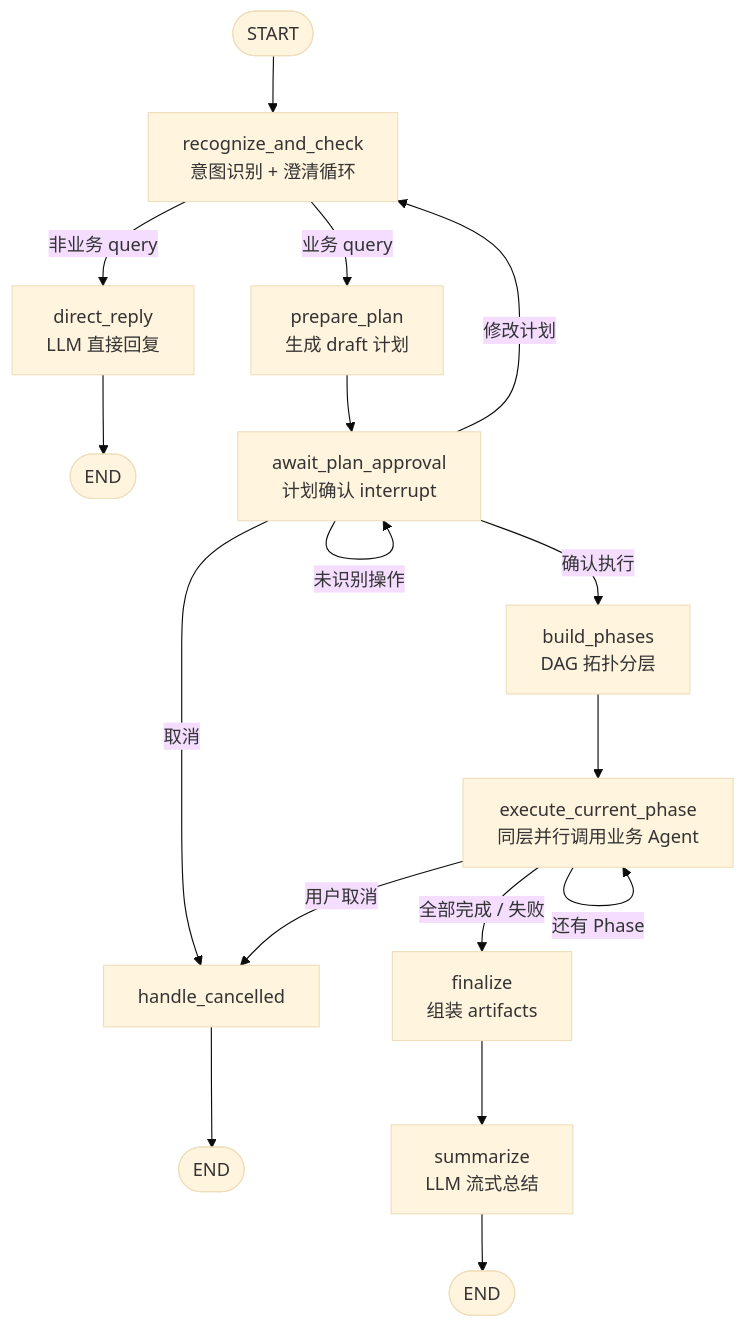
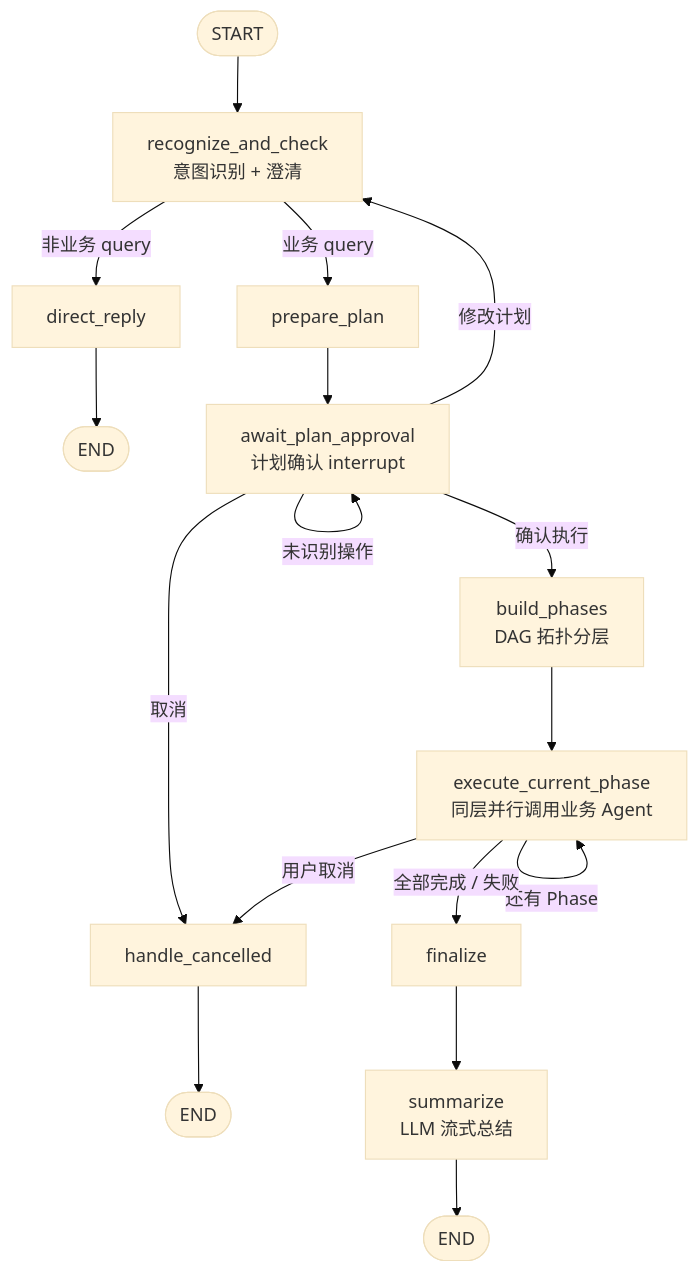
One commit to songhaowei666/powerproj-agent changed the second of 2 diagrams in README.md. Above: the diagram before and after it, drawn with Mermaid (base theme). The commit also changed other lines of this file, not shown here.

````diff
--- a/README.md
+++ b/README.md
@@ -58,27 +45,27 @@
 ```mermaid
 flowchart TD
-    START([START]) --> recognize["recognize_and_check<br/>意图识别 + 澄清循环"]
+    START([START]) --> recognize["recognize_and_check<br/>意图识别 + 澄清"]
 
-    recognize -->|非业务 query| direct["direct_reply<br/>LLM 直接回复"]
-    recognize -->|业务 query| prepare["prepare_plan<br/>生成 draft 计划"]
+    recognize -->|非业务 query| direct["direct_reply"]
+    recognize -->|业务 query| prepare["prepare_plan"]
 
     direct --> END1([END])
 
     prepare --> approve["await_plan_approval<br/>计划确认 interrupt"]
 
     approve -->|取消| cancelled["handle_cancelled"]
     approve -->|修改计划| recognize
     approve -->|确认执行| phases["build_phases<br/>DAG 拓扑分层"]
     approve -->|未识别操作| approve
 
     cancelled --> END2([END])
 
     phases --> execute["execute_current_phase<br/>同层并行调用业务 Agent"]
 
     execute -->|还有 Phase| execute
-    execute -->|全部完成 / 失败| finalize["finalize<br/>组装 artifacts"]
+    execute -->|全部完成 / 失败| finalize["finalize"]
     execute -->|用户取消| cancelled
 
     finalize --> summarize["summarize<br/>LLM 流式总结"]
     summarize --> END3([END])
 ```
````
